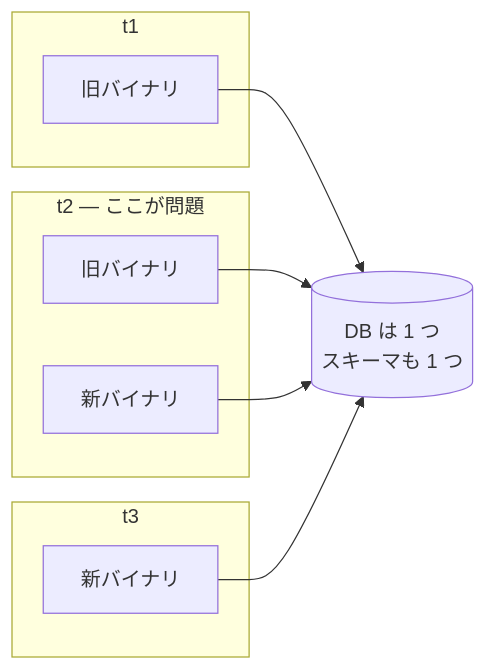
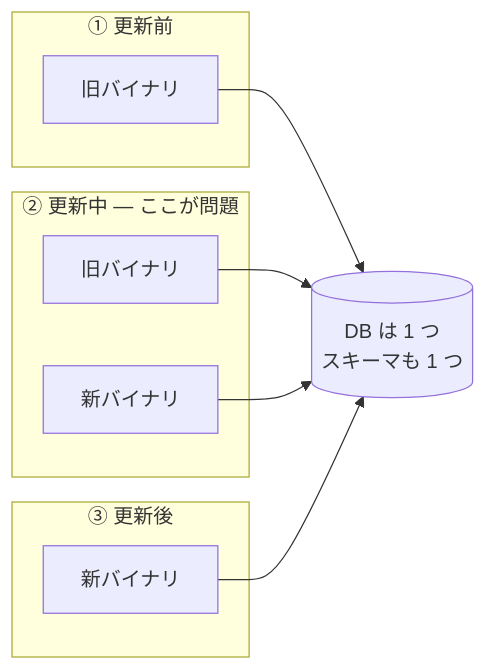
One commit to rikukaInoue/rikukadev changed the first of 14 diagrams in src/content/blog/online-migration-and-deploy-isolation.mdx. Above: the diagram before and after it, drawn with Mermaid. The commit also changed other lines of this file, not shown here.

````diff
--- a/src/content/blog/online-migration-and-deploy-isolation.mdx
+++ b/src/content/blog/online-migration-and-deploy-isolation.mdx
@@ -29,18 +34,18 @@
 ```mermaid
 graph LR
-    subgraph t1["t1"]
+    subgraph t1["① 更新前"]
         A1["旧バイナリ"]
     end
-    subgraph t2["t2 — ここが問題"]
+    subgraph t2["② 更新中 — ここが問題"]
         A2["旧バイナリ"]
         B2["新バイナリ"]
     end
-    subgraph t3["t3"]
+    subgraph t3["③ 更新後"]
         B3["新バイナリ"]
     end
     DB[("DB は 1 つ<br/>スキーマも 1 つ")]
     A1 --> DB
     A2 --> DB
     B2 --> DB
     B3 --> DB
 ```
````
